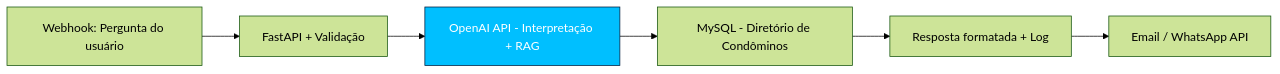
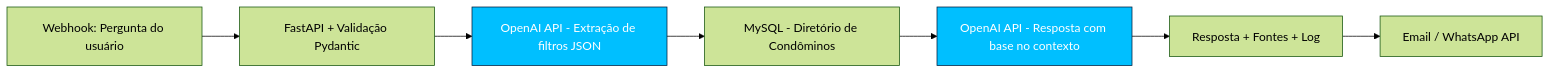
One commit to Pedro274-ctrl/agente-toqan-ifood-exemplo changed the diagram in README.md. Above: the diagram before and after it, drawn with Mermaid (forest theme). The commit also changed other lines of this file, not shown here.

````diff
--- a/README.md
+++ b/README.md
@@ -21,9 +25,11 @@
 ```mermaid
 flowchart LR
-    A[Webhook: Pergunta do usuário] --> B[FastAPI + Validação]
-    B --> C[OpenAI API - Interpretação + RAG]
+    A[Webhook: Pergunta do usuário] --> B[FastAPI + Validação Pydantic]
+    B --> C[OpenAI API - Extração de filtros JSON]
     C --> D[MySQL - Diretório de Condôminos]
-    D --> E[Resposta formatada + Log]
-    E --> F[Email / WhatsApp API]
+    D --> E[OpenAI API - Resposta com base no contexto]
+    E --> F[Resposta + Fontes + Log]
+    F --> G[Email / WhatsApp API]
     style C fill:#00BFFF,stroke:#001F3F,color:#fff
+    style E fill:#00BFFF,stroke:#001F3F,color:#fff
 ```
````
